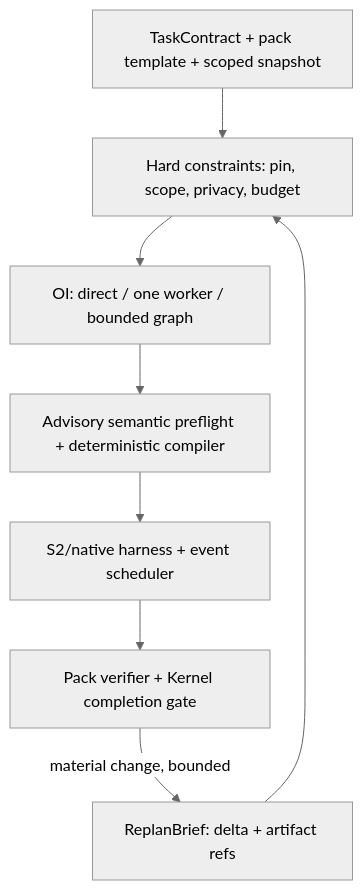
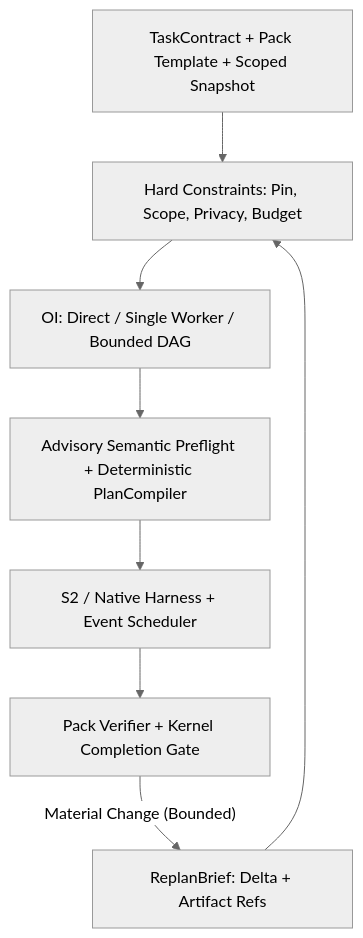
Before and after one commit to civi0411/Custos: the diagram in docs/architecture/cognitive-fabric-and-orchestration.md, drawn with Mermaid (neutral theme). The commit also changed other lines of this file and 53 other files, not shown here.

First line of the commit message:
docs(architecture): rewrite and synchronize docs with 4 canonical platform blocks

````diff
--- a/docs/architecture/cognitive-fabric-and-orchestration.md
+++ b/docs/architecture/cognitive-fabric-and-orchestration.md
@@ -15,10 +13,10 @@
 ```mermaid
 flowchart TD
-    Task["TaskContract + pack template + scoped snapshot"] --> Filter["Hard constraints: pin, scope, privacy, budget"]
-    Filter --> Route["OI: direct / one worker / bounded graph"]
-    Route --> Preflight["Advisory semantic preflight + deterministic compiler"]
-    Preflight --> Runtime["S2/native harness + event scheduler"]
-    Runtime --> Verify["Pack verifier + Kernel completion gate"]
-    Verify -->|"material change, bounded"| Brief["ReplanBrief: delta + artifact refs"]
+    Task["TaskContract + Pack Template + Scoped Snapshot"] --> Filter["Hard Constraints: Pin, Scope, Privacy, Budget"]
+    Filter --> Route["OI: Direct / Single Worker / Bounded DAG"]
+    Route --> Preflight["Advisory Semantic Preflight + Deterministic PlanCompiler"]
+    Preflight --> Runtime["S2 / Native Harness + Event Scheduler"]
+    Runtime --> Verify["Pack Verifier + Kernel Completion Gate"]
+    Verify -->|"Material Change (Bounded)"| Brief["ReplanBrief: Delta + Artifact Refs"]
     Brief --> Filter
 ```
````
